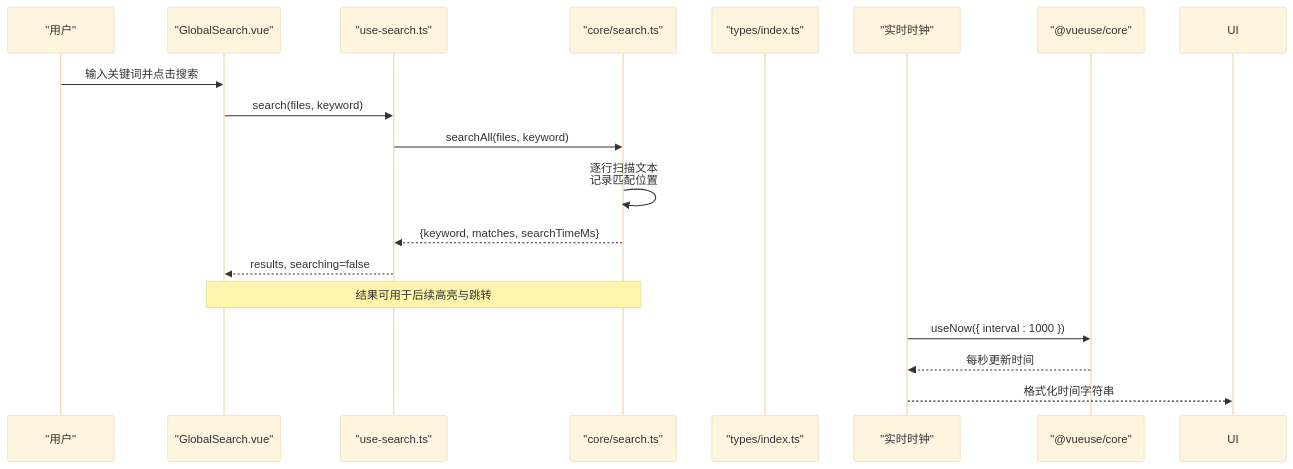
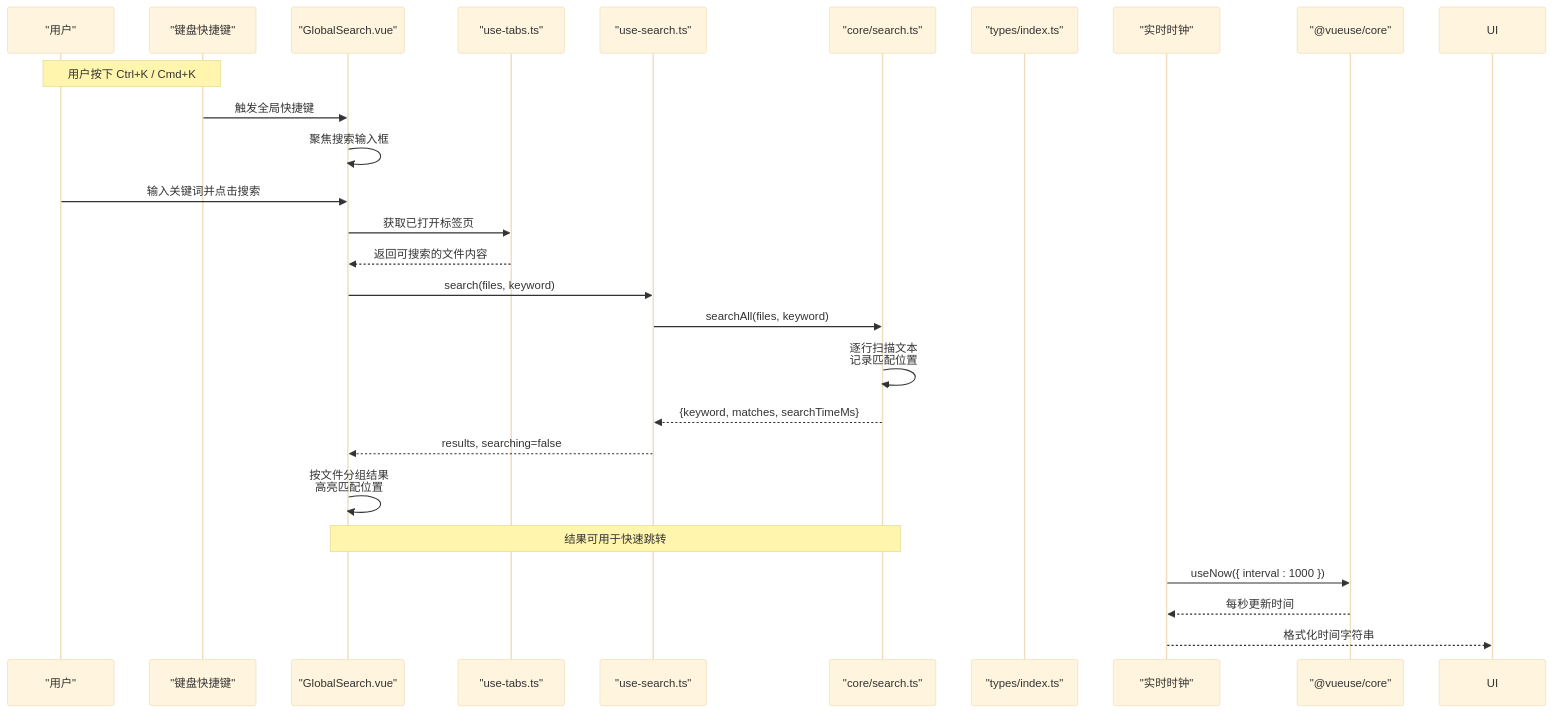
Before and after one commit to taoweidong/Hello-Tauri: the second of 7 diagrams in .qoder/repowiki/zh/content/用户界面/核心组件/公共栏组件.md, drawn with Mermaid (base theme). The commit also changed other lines of this file and 67 other files, not shown here.

````diff
--- a/.qoder/repowiki/zh/content/用户界面/核心组件/公共栏组件.md
+++ b/.qoder/repowiki/zh/content/用户界面/核心组件/公共栏组件.md
@@ -94,20 +101,28 @@
 ```mermaid
 sequenceDiagram
 participant U as "用户"
+participant KB as "键盘快捷键"
 participant GS as "GlobalSearch.vue"
+participant TM as "use-tabs.ts"
 participant US as "use-search.ts"
 participant SS as "core/search.ts"
 participant T as "types/index.ts"
 participant CLK as "实时时钟"
 participant VU as "@vueuse/core"
+Note over U,KB : 用户按下 Ctrl+K / Cmd+K
+KB->>GS : 触发全局快捷键
+GS->>GS : 聚焦搜索输入框
 U->>GS : 输入关键词并点击搜索
+GS->>TM : 获取已打开标签页
+TM-->>GS : 返回可搜索的文件内容
 GS->>US : search(files, keyword)
 US->>SS : searchAll(files, keyword)
 SS->>SS : 逐行扫描文本<br/>记录匹配位置
 SS-->>US : {keyword, matches, searchTimeMs}
 US-->>GS : results, searching=false
-Note over GS,SS : 结果可用于后续高亮与跳转
+GS->>GS : 按文件分组结果<br/>高亮匹配位置
+Note over GS,SS : 结果可用于快速跳转
 CLK->>VU : useNow({ interval : 1000 })
 VU-->>CLK : 每秒更新时间
 CLK-->>UI : 格式化时间字符串
 ```
````
